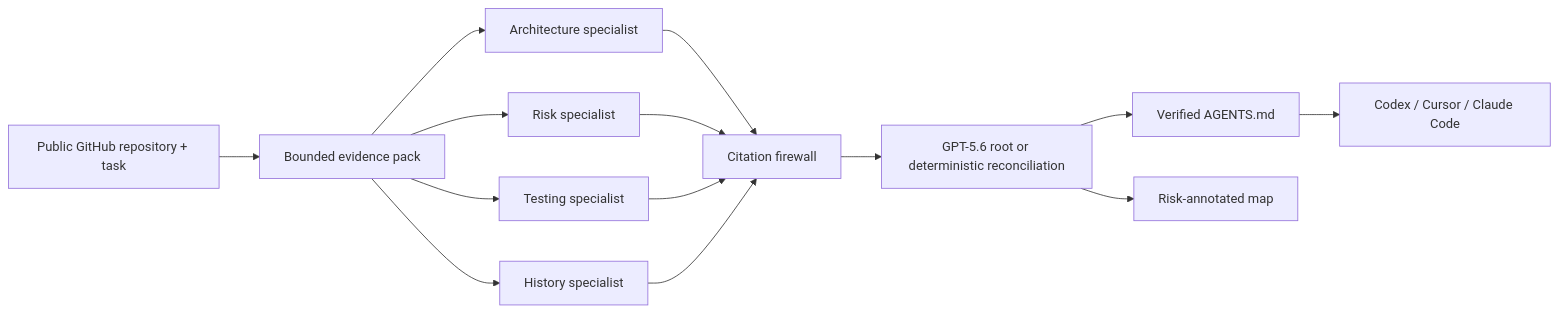
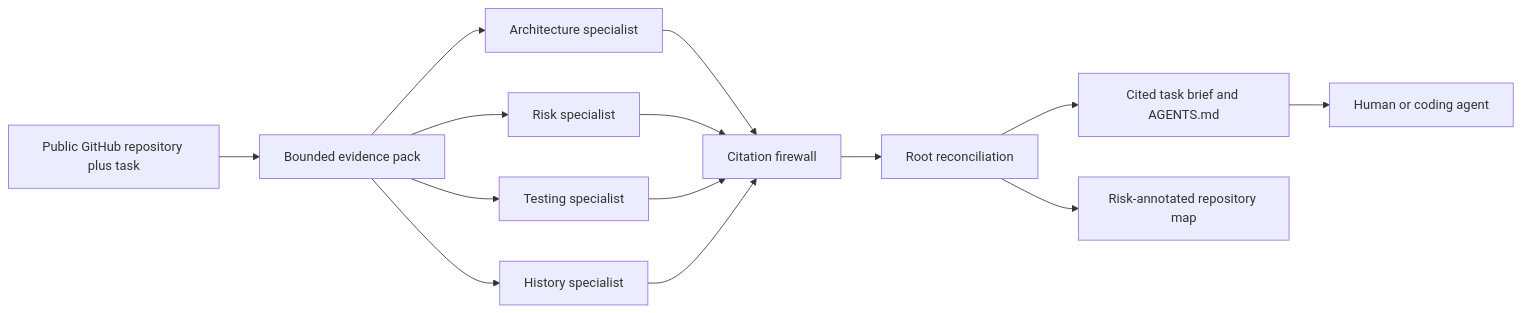
The diagram in README.md (Kesav2k04/RepoMind), drawn with Mermaid before and after one commit. The commit also changed other lines of this file and 14 other files, not shown here.

````diff
--- a/README.md
+++ b/README.md
@@ -40,13 +58,13 @@
 ```mermaid
 flowchart LR
-  R[Public GitHub repository + task] --> E[Bounded evidence pack]
+  R[Public GitHub repository plus task] --> E[Bounded evidence pack]
   E --> A[Architecture specialist]
   E --> K[Risk specialist]
   E --> T[Testing specialist]
   E --> H[History specialist]
   A & K & T & H --> F[Citation firewall]
-  F --> M[GPT-5.6 root or deterministic reconciliation]
-  M --> G[Verified AGENTS.md]
-  M --> P[Risk-annotated map]
-  G --> I[Codex / Cursor / Claude Code]
+  F --> M[Root reconciliation]
+  M --> G[Cited task brief and AGENTS.md]
+  M --> P[Risk-annotated repository map]
+  G --> I[Human or coding agent]
 ```
````
